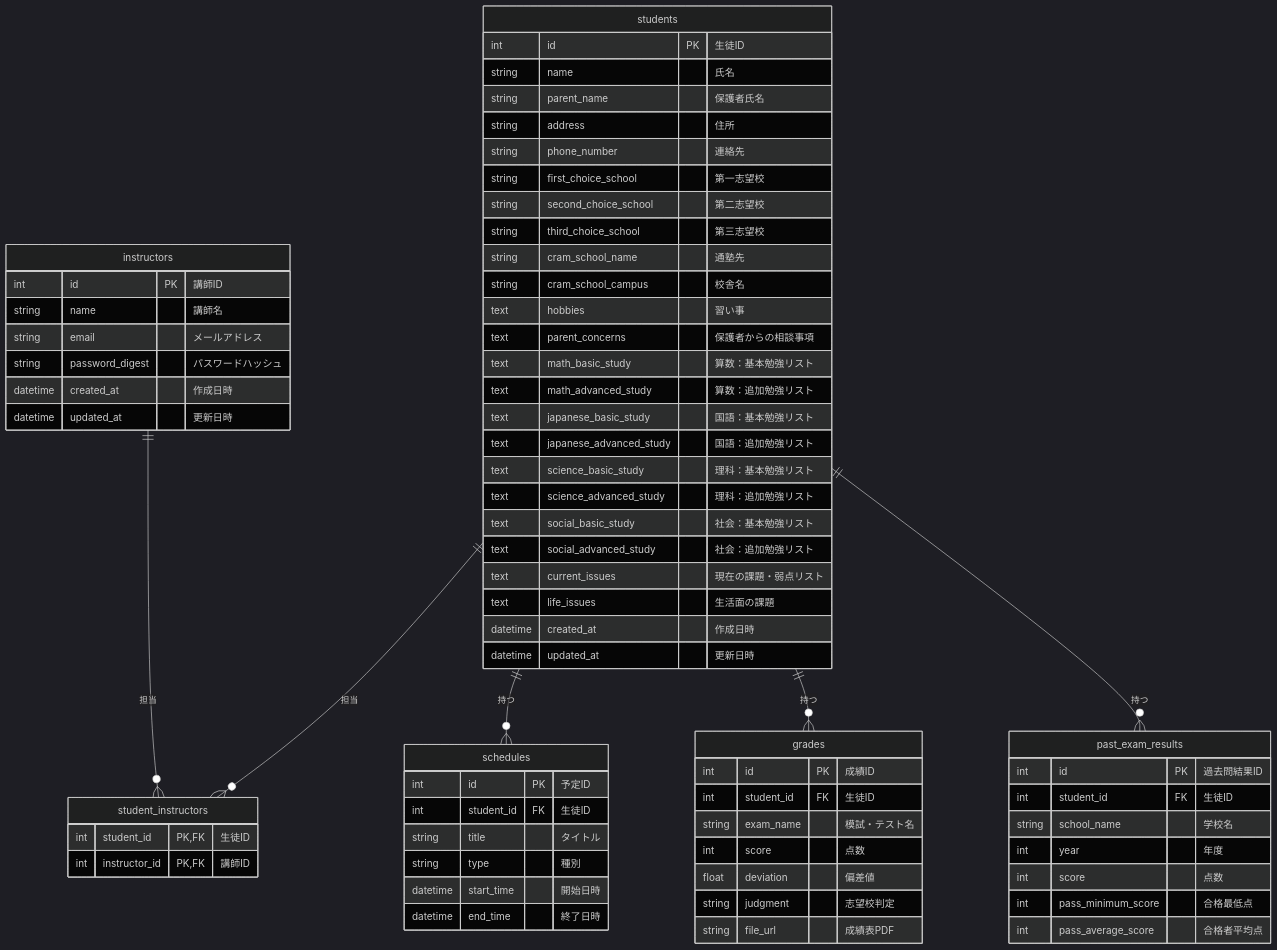
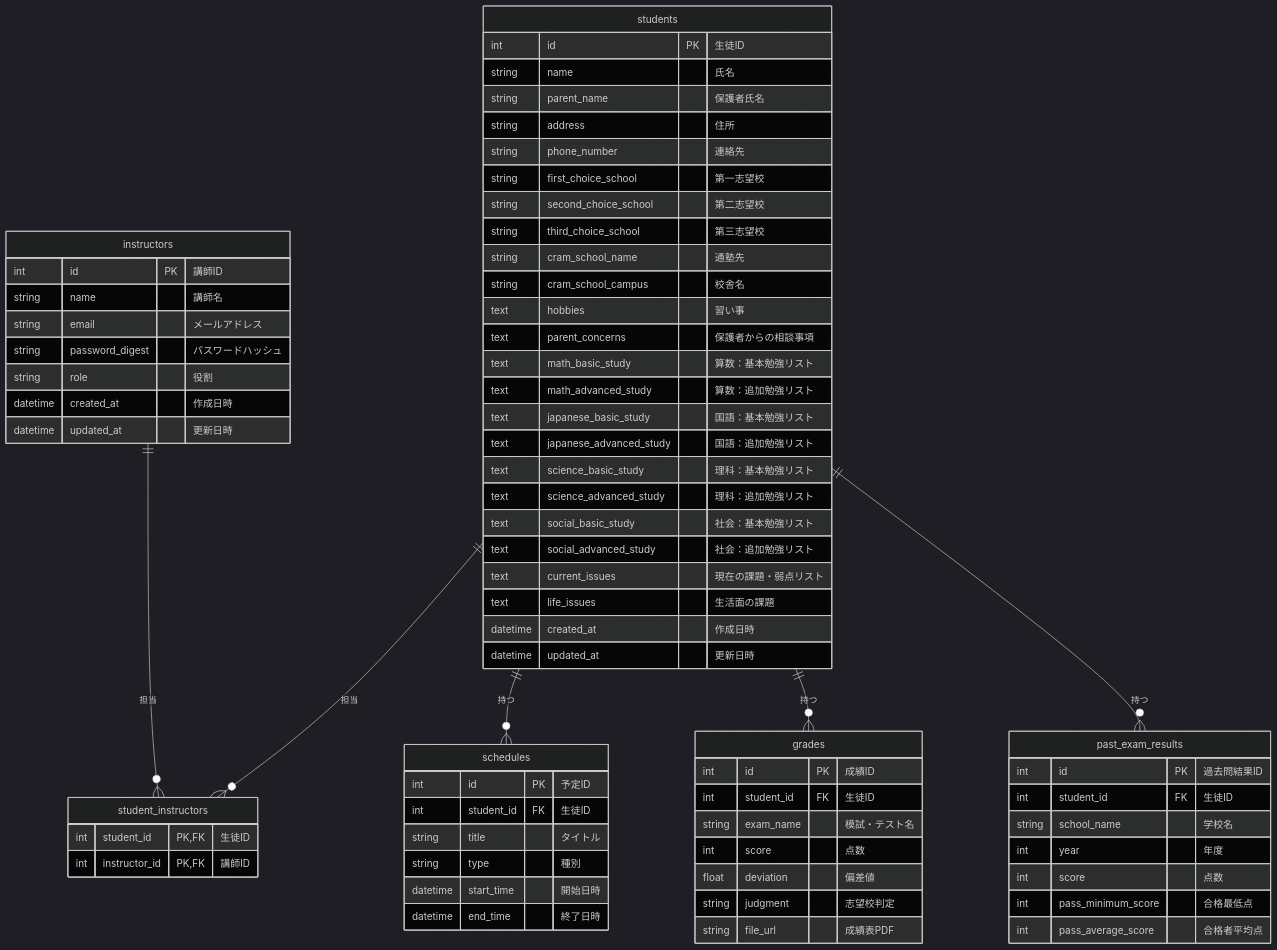
One commit to itsuki2003/TodaiBansou_StuDashboard changed the diagram in docs/architecture/db_schema.md. Above: the diagram before and after it, drawn with Mermaid (dark theme). The commit also changed 4 other files, not shown here.

````diff
--- a/docs/architecture/db_schema.md
+++ b/docs/architecture/db_schema.md
@@ -5,78 +5,80 @@
 ```mermaid
 erDiagram
     instructors {
         int id PK "講師ID"
         string name "講師名"
         string email "メールアドレス"
         string password_digest "パスワードハッシュ"
+        string role "役割"
         datetime created_at "作成日時"
         datetime updated_at "更新日時"
     }
 
     students {
         int id PK "生徒ID"
         string name "氏名"
         string parent_name "保護者氏名"
         string address "住所"
         string phone_number "連絡先"
         string first_choice_school "第一志望校"
         string second_choice_school "第二志望校"
         string third_choice_school "第三志望校"
         string cram_school_name "通塾先"
         string cram_school_campus "校舎名"
         text hobbies "習い事"
         text parent_concerns "保護者からの相談事項"
         text math_basic_study "算数：基本勉強リスト"
         text math_advanced_study "算数：追加勉強リスト"
         text japanese_basic_study "国語：基本勉強リスト"
         text japanese_advanced_study "国語：追加勉強リスト"
         text science_basic_study "理科：基本勉強リスト"
         text science_advanced_study "理科：追加勉強リスト"
         text social_basic_study "社会：基本勉強リスト"
         text social_advanced_study "社会：追加勉強リスト"
         text current_issues "現在の課題・弱点リスト"
         text life_issues "生活面の課題"
         datetime created_at "作成日時"
         datetime updated_at "更新日時"
     }
 
     schedules {
         int id PK "予定ID"
         int student_id FK "生徒ID"
         string title "タイトル"
         string type "種別"
         datetime start_time "開始日時"
         datetime end_time "終了日時"
     }
 
     grades {
         int id PK "成績ID"
         int student_id FK "生徒ID"
         string exam_name "模試・テスト名"
         int score "点数"
         float deviation "偏差値"
         string judgment "志望校判定"
         string file_url "成績表PDF"
     }
 
     past_exam_results {
         int id PK "過去問結果ID"
         int student_id FK "生徒ID"
         string school_name "学校名"
         int year "年度"
         int score "点数"
         int pass_minimum_score "合格最低点"
         int pass_average_score "合格者平均点"
     }
 
     instructors ||--o{ student_instructors : "担当"
     students ||--o{ student_instructors : "担当"
     students ||--o{ schedules : "持つ"
     students ||--o{ grades : "持つ"
     students ||--o{ past_exam_results : "持つ"
 
     student_instructors {
         int student_id PK, FK "生徒ID"
         int instructor_id PK, FK "講師ID"
     }
+
 ```
````
